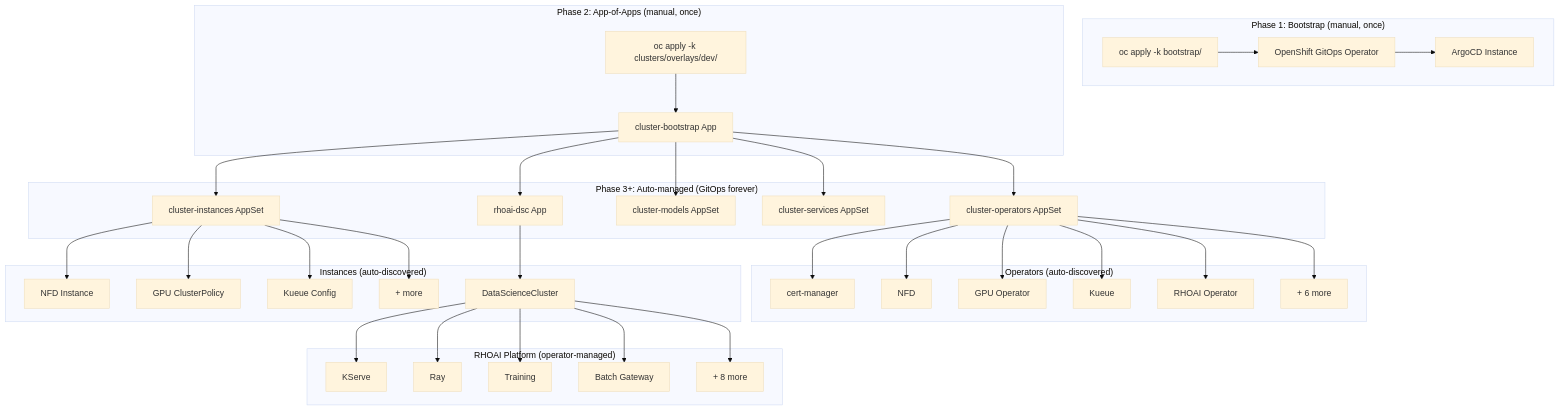
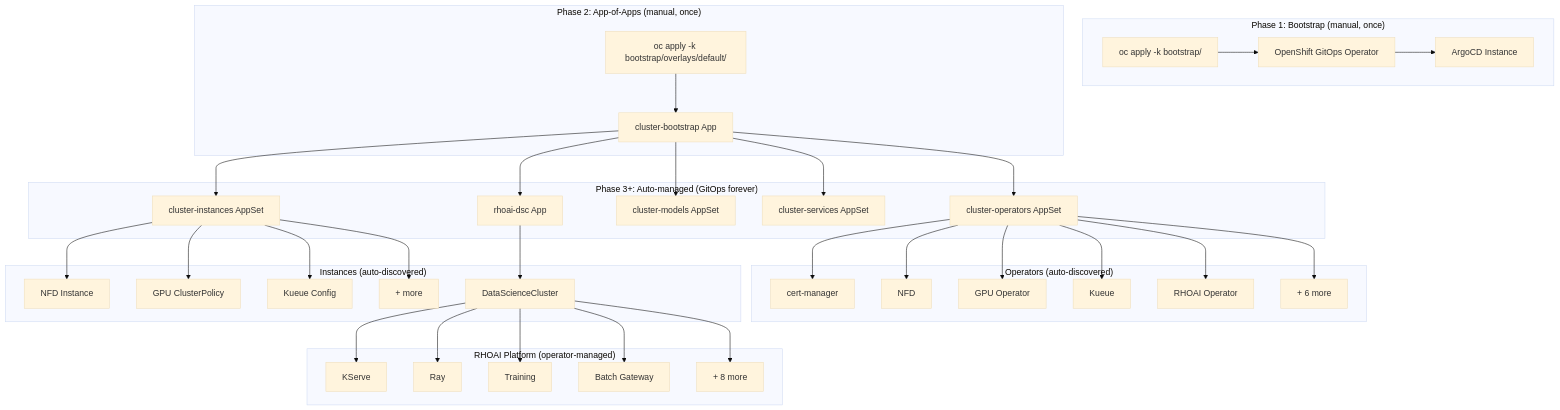
Before and after one commit to rrbanda/rhoai-deploy-gitops: the first of 2 diagrams in docs/architecture.md, drawn with Mermaid (base theme). The commit also changed other lines of this file and 30 other files, not shown here.

````diff
--- a/docs/architecture.md
+++ b/docs/architecture.md
@@ -83,44 +84,44 @@
 ```mermaid
 graph TD
   subgraph bootstrap ["Phase 1: Bootstrap (manual, once)"]
     Human["oc apply -k bootstrap/"] --> GitOpsOp["OpenShift GitOps Operator"]
     GitOpsOp --> ArgoCD["ArgoCD Instance"]
   end
 
   subgraph appOfApps ["Phase 2: App-of-Apps (manual, once)"]
-    Human2["oc apply -k clusters/overlays/dev/"] --> BootstrapApp["cluster-bootstrap App"]
+    Human2["oc apply -k bootstrap/overlays/default/"] --> BootstrapApp["cluster-bootstrap App"]
   end
 
   subgraph autoManaged ["Phase 3+: Auto-managed (GitOps forever)"]
     BootstrapApp --> OperatorsAS["cluster-operators AppSet"]
     BootstrapApp --> InstancesAS["cluster-instances AppSet"]
     BootstrapApp --> ModelsAS["cluster-models AppSet"]
     BootstrapApp --> ServicesAS["cluster-services AppSet"]
     BootstrapApp --> DSCApp["rhoai-dsc App"]
   end
 
   subgraph operators ["Operators (auto-discovered)"]
     OperatorsAS --> CertMgr["cert-manager"]
     OperatorsAS --> NFDOp["NFD"]
     OperatorsAS --> GPUOp["GPU Operator"]
     OperatorsAS --> KueueOp["Kueue"]
     OperatorsAS --> RHOAIOp["RHOAI Operator"]
     OperatorsAS --> MoreOps["+ 6 more"]
   end
 
   subgraph instances ["Instances (auto-discovered)"]
     InstancesAS --> NFDInst["NFD Instance"]
     InstancesAS --> GPUInst["GPU ClusterPolicy"]
     InstancesAS --> KueueInst["Kueue Config"]
     InstancesAS --> MoreInst["+ more"]
     DSCApp --> DSC["DataScienceCluster"]
   end
 
   subgraph platform ["RHOAI Platform (operator-managed)"]
     DSC --> KServe["KServe"]
     DSC --> Ray["Ray"]
     DSC --> Training["Training"]
     DSC --> BatchGW["Batch Gateway"]
     DSC --> MoreComp["+ 8 more"]
   end
 ```
````
